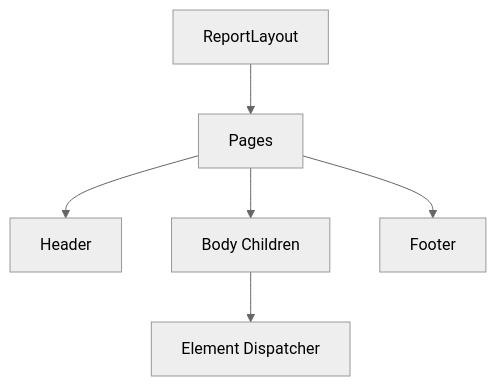
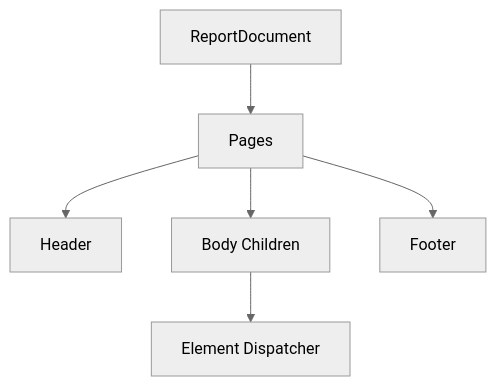
One commit to Netcodr81/kinetic-reports changed the diagram in docs/09-exporter-development-guide.md. Above: the diagram before and after it, drawn with Mermaid (neutral theme). The commit also changed other lines of this file and 53 other files, not shown here.

First line of the commit message:
Refactor report layout and rendering components

````diff
--- a/docs/09-exporter-development-guide.md
+++ b/docs/09-exporter-development-guide.md
@@ -21,8 +21,8 @@
 ```mermaid
 flowchart TB
-	A[ReportLayout] --> B[Pages]
+	A[ReportDocument] --> B[Pages]
 	B --> C[Header]
 	B --> D[Body Children]
 	B --> E[Footer]
 	D --> F[Element Dispatcher]
 ```
````
